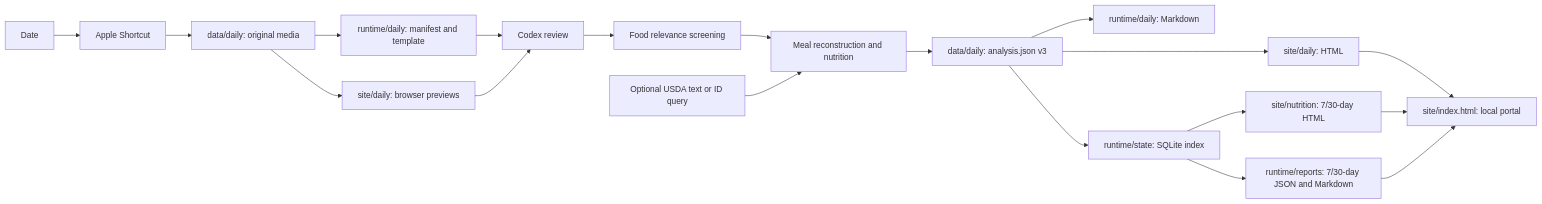
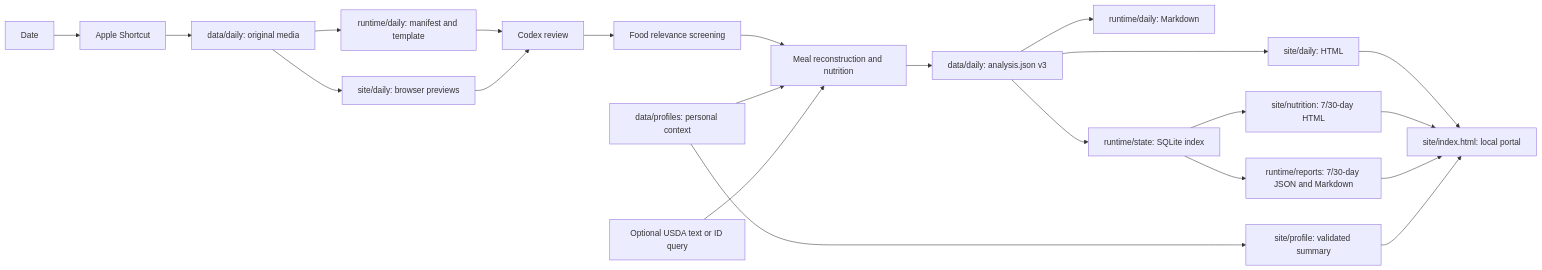
The second of 2 diagrams in docs/architecture.md (imathwy/health), drawn with Mermaid before and after one commit. The commit also changed other lines of this file and 26 other files, not shown here.

Commit message:
Add private personal profile pipeline

````diff
--- a/docs/architecture.md
+++ b/docs/architecture.md
@@ -69,21 +85,24 @@
 ```mermaid
 flowchart LR
     A[Date] --> B[Apple Shortcut]
     B --> C[data/daily: original media]
     C --> D[runtime/daily: manifest and template]
     C --> P[site/daily: browser previews]
     D --> E[Codex review]
     P --> E
     E --> S[Food relevance screening]
     S --> N[Meal reconstruction and nutrition]
+    K[data/profiles: personal context] --> N
     U[Optional USDA text or ID query] --> N
     N --> F[data/daily: analysis.json v3]
     F --> G[runtime/daily: Markdown]
     F --> W[site/daily: HTML]
     F --> H[runtime/state: SQLite index]
     H --> I[runtime/reports: 7/30-day JSON and Markdown]
     H --> T[site/nutrition: 7/30-day HTML]
     W --> J[site/index.html: local portal]
     T --> J
     I --> J
+    K --> Q[site/profile: validated summary]
+    Q --> J
 ```
````
